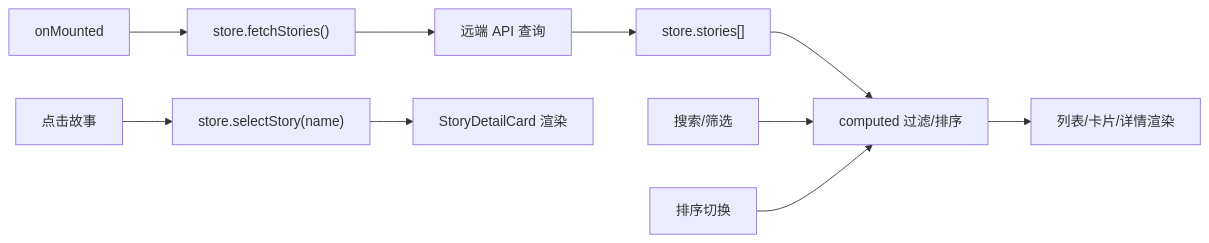
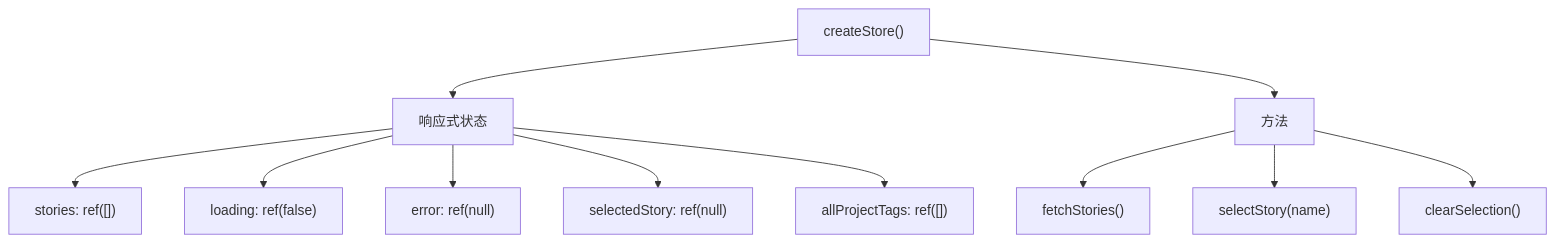
Before and after one commit to effiy/YiWeb: the sixth of 6 diagrams in docs/故事任务面板/story/技术评审.md, drawn with Mermaid. The commit also changed other lines of this file and 28 other files, not shown here.

````diff
--- a/docs/故事任务面板/story/技术评审.md
+++ b/docs/故事任务面板/story/技术评审.md
@@ -46,12 +692,14 @@
 ```mermaid
-flowchart LR
-    MOUNT["onMounted"] --> FETCH["store.fetchStories()"]
-    FETCH --> API["远端 API 查询"]
-    API --> STATE["store.stories[]"]
-    STATE --> COMPUTED["computed 过滤/排序"]
-    COMPUTED --> RENDER["列表/卡片/详情渲染"]
-    FILTER["搜索/筛选"] --> COMPUTED
-    SORT["排序切换"] --> COMPUTED
-    CLICK["点击故事"] --> SELECT["store.selectStory(name)"]
-    SELECT --> DETAIL["StoryDetailCard 渲染"]
+flowchart TD
+    STORE["createStore()"] --> REFS["响应式状态"]
+    REFS --> STORIES["stories: ref([])"]
+    REFS --> LOADING["loading: ref(false)"]
+    REFS --> ERROR["error: ref(null)"]
+    REFS --> SELECTED["selectedStory: ref(null)"]
+    REFS --> TAGS["allProjectTags: ref([])"]
+    
+    STORE --> METHODS["方法"]
+    METHODS --> FETCH["fetchStories()"]
+    METHODS --> SELECT["selectStory(name)"]
+    METHODS --> CLEAR["clearSelection()"]
 ```
````
